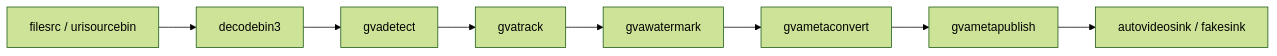
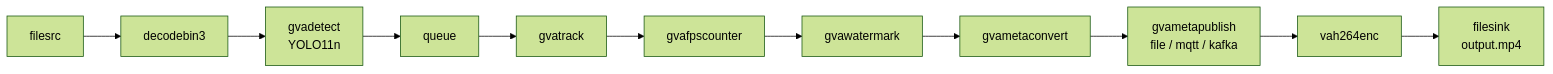
The diagram in samples/auto_generated_samples/deepstream_conversion/README.md (open-edge-platform/dlstreamer), drawn with Mermaid (forest theme) before and after one commit. The commit also changed other lines of this file and 13 other files, not shown here.

````diff
--- a/samples/auto_generated_samples/deepstream_conversion/README.md
+++ b/samples/auto_generated_samples/deepstream_conversion/README.md
@@ -19,10 +20,13 @@
 ```mermaid
 graph LR
-    A[filesrc / urisourcebin] --> B[decodebin3]
-    B --> C[gvadetect]
-    C --> D[gvatrack]
-    D --> E[gvawatermark]
-    E --> F[gvametaconvert]
-    F --> G[gvametapublish]
-    G --> H[autovideosink / fakesink]
+    A[filesrc] --> B[decodebin3]
+    B --> C[gvadetect<br/>YOLO11n]
+    C --> D[queue]
+    D --> E[gvatrack]
+    E --> F[gvafpscounter]
+    F --> G[gvawatermark]
+    G --> H[gvametaconvert]
+    H --> I[gvametapublish<br/>file / mqtt / kafka]
+    I --> J[vah264enc]
+    J --> K[filesink<br/>output.mp4]
 ```
````
